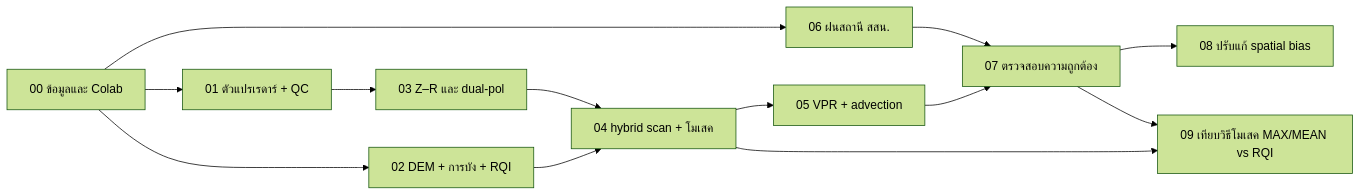
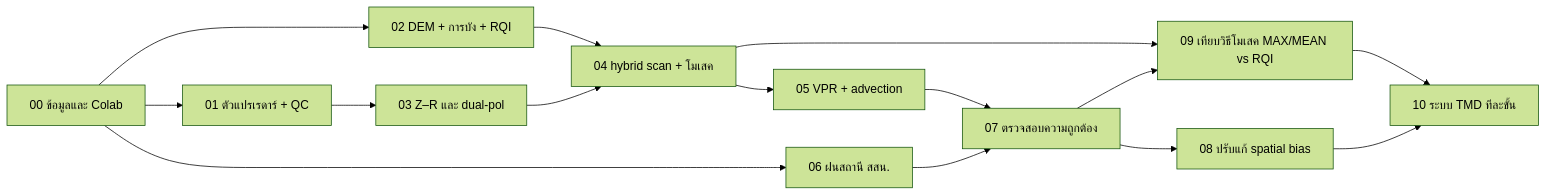
The diagram in README.md (nattaponm/Teach_RQI_Mosaic_SpatialBias_DualPol), drawn with Mermaid (forest theme) before and after one commit. The commit also changed other lines of this file and 12 other files, not shown here.

````diff
--- a/README.md
+++ b/README.md
@@ -62,15 +63,17 @@
 ```mermaid
 flowchart LR
     A[00 ข้อมูลและ Colab] --> B[01 ตัวแปรเรดาร์ + QC]
     A --> C[02 DEM + การบัง + RQI]
     B --> D[03 Z–R และ dual-pol]
     C --> E[04 hybrid scan + โมเสค]
     D --> E
     E --> F[05 VPR + advection]
     A --> G[06 ฝนสถานี สสน.]
     F --> H[07 ตรวจสอบความถูกต้อง]
     G --> H
     H --> I[08 ปรับแก้ spatial bias]
     E --> J[09 เทียบวิธีโมเสค MAX/MEAN vs RQI]
     H --> J
+    J --> K[10 ระบบ TMD ทีละขั้น]
+    I --> K
 ```
````
